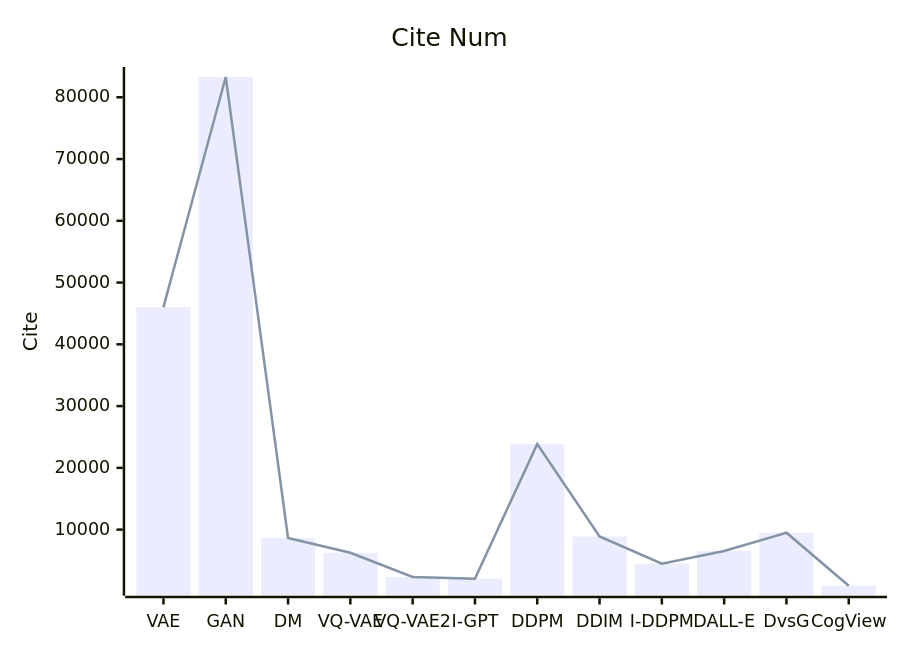
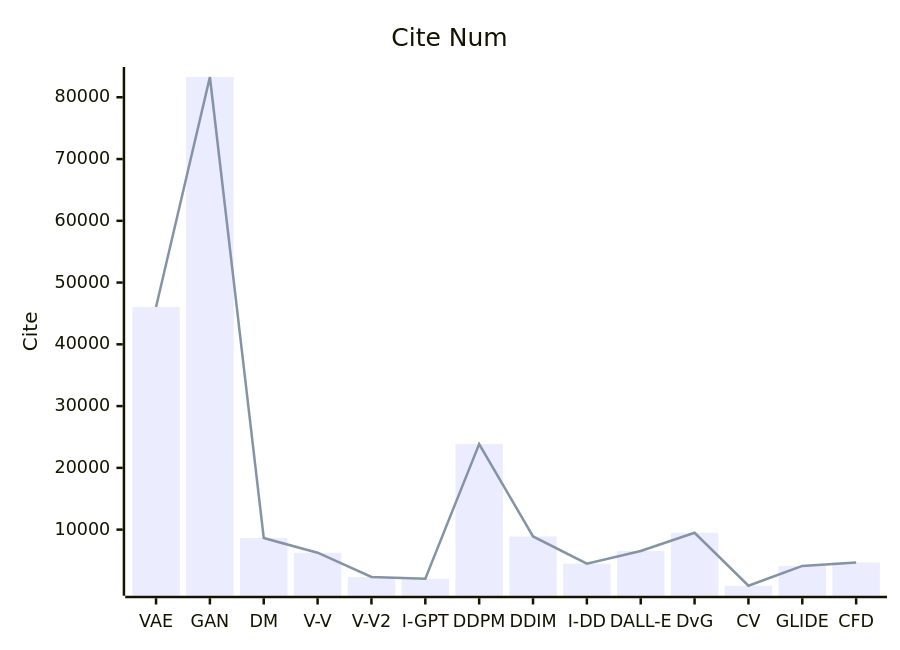
Before and after one commit to Elephant-King9/Paper: the fifth of 5 diagrams in Base_Model/GAN+VAE+Diffusion/analyse.md, drawn with Mermaid. The commit also changed other lines of this file and 5 other files, not shown here.

````diff
--- a/Base_Model/GAN+VAE+Diffusion/analyse.md
+++ b/Base_Model/GAN+VAE+Diffusion/analyse.md
@@ -129,8 +138,8 @@
 ```mermaid
     xychart-beta
     title "Cite Num"
-    x-axis [VAE,GAN,DM,VQ-VAE,VQ-VAE2,I-GPT,DDPM,DDIM,I-DDPM,DALL-E,D vs G, CogView]
+    x-axis [VAE,GAN,DM,V-V,V-V2,I-GPT,DDPM,DDIM,I-DD,DALL-E,DvG, CV,GLIDE,CFD]
     y-axis "Cite" 
-    bar [46034, 83283, 8634,6258, 2329, 2050, 23847, 8896,4481,6536, 9492, 911]
-    line [46034, 83283, 8634,6258, 2329, 2050, 23847, 8896,4481,6536, 9492, 911]
+    bar [46034, 83283, 8634,6258, 2329, 2050, 23847, 8896,4481,6536, 9492, 911,4128,4679]
+    line [46034, 83283, 8634,6258, 2329, 2050, 23847, 8896,4481,6536, 9492, 911,4128,4679]
 ```
````
